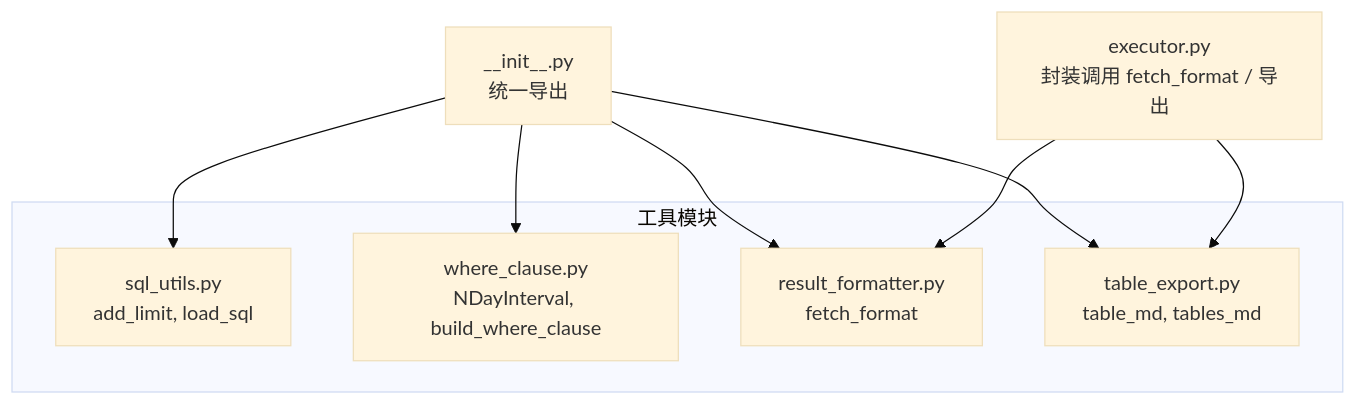
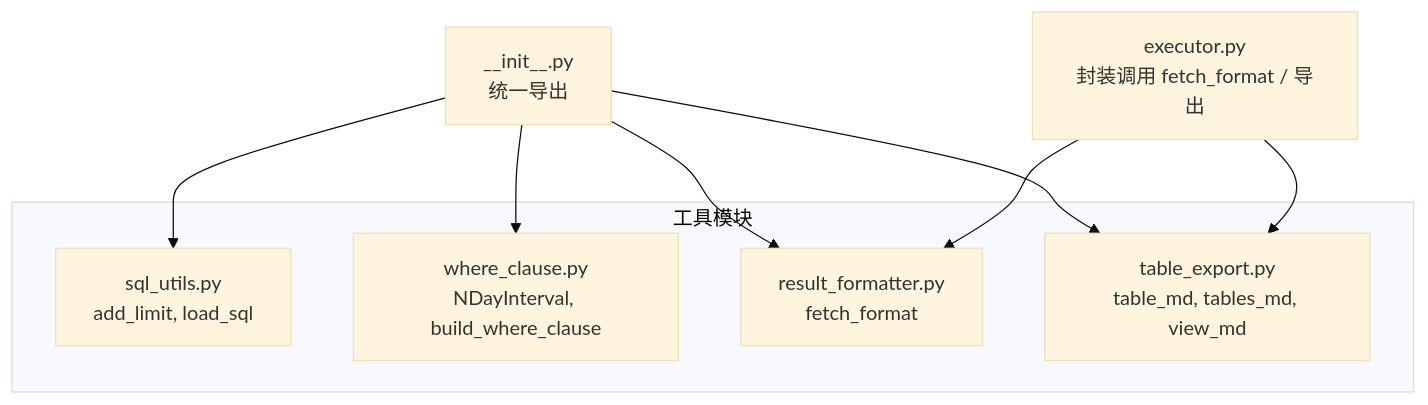
Before and after one commit to tinycen/lazy_mysql: the first of 7 diagrams in .qoder/repowiki/zh/content/工具函数.md, drawn with Mermaid (base theme). The commit also changed other lines of this file and 3 other files, not shown here.

First line of the commit message:
feat(tools): 新增视图支持与参数化查询功能

````diff
--- a/.qoder/repowiki/zh/content/工具函数.md
+++ b/.qoder/repowiki/zh/content/工具函数.md
@@ -42,17 +42,17 @@
 ```mermaid
 graph TB
 subgraph "工具模块"
 A["sql_utils.py<br/>add_limit, load_sql"]
 B["where_clause.py<br/>NDayInterval, build_where_clause"]
 C["result_formatter.py<br/>fetch_format"]
-D["table_export.py<br/>table_md, tables_md"]
+D["table_export.py<br/>table_md, tables_md, view_md"]
 end
 E["__init__.py<br/>统一导出"]
 F["executor.py<br/>封装调用 fetch_format / 导出"]
 E --> A
 E --> B
 E --> C
 E --> D
 F --> C
 F --> D
 ```
````
